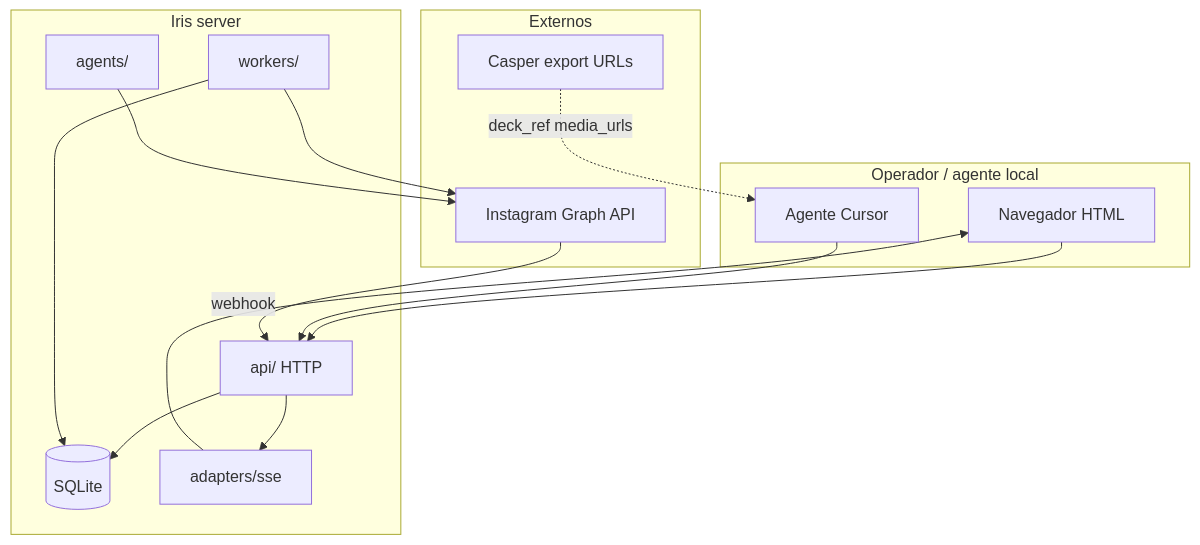
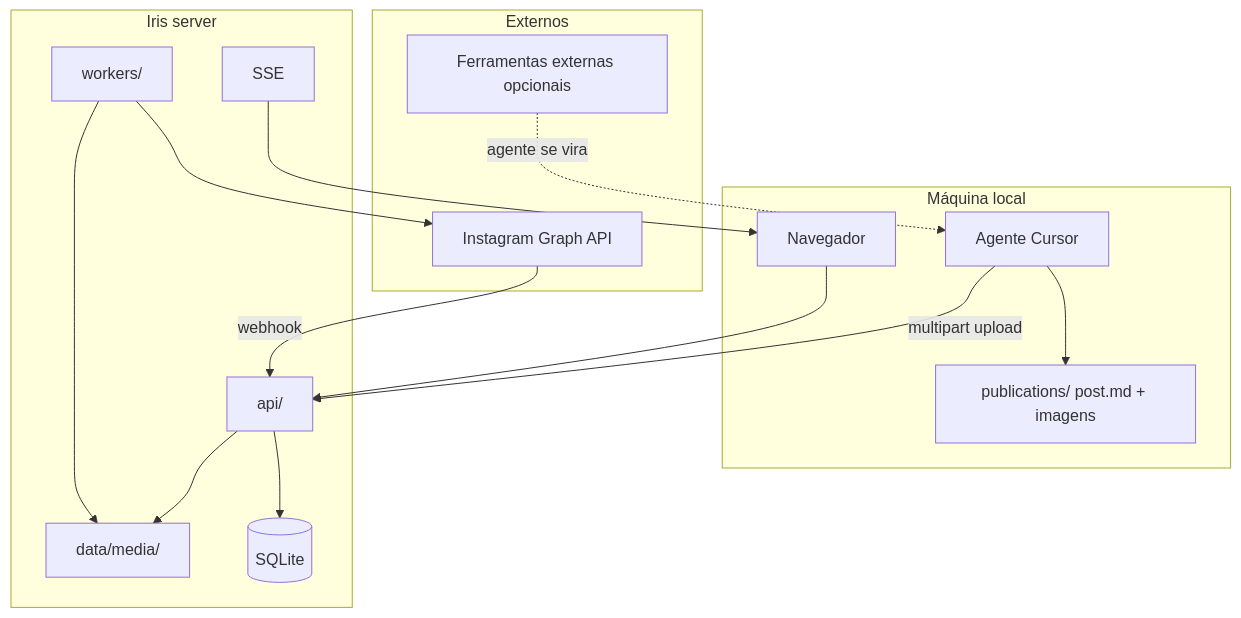
Before and after one commit to colabcolibri/iris: the diagram in docs/05_architecture.md, drawn with Mermaid. The commit also changed other lines of this file and 46 other files, not shown here.

````diff
--- a/docs/05_architecture.md
+++ b/docs/05_architecture.md
@@ -18,31 +18,32 @@
 ```mermaid
 flowchart TB
-  subgraph local ["Operador / agente local"]
-    Browser["Navegador HTML"]
-    Cursor["Agente Cursor"]
+  subgraph local ["Máquina local"]
+    Browser["Navegador"]
+    Agent["Agente Cursor"]
+    PubFolder["publications/ post.md + imagens"]
   end
 
   subgraph iris ["Iris server"]
-    API["api/ HTTP"]
+    API["api/"]
+    Media["data/media/"]
     Workers["workers/"]
-    Agent["agents/"]
     DB[("SQLite")]
-    SSE["adapters/sse"]
+    SSE["SSE"]
   end
 
   subgraph external ["Externos"]
     Meta["Instagram Graph API"]
-    Casper["Casper export URLs"]
+    Ext["Ferramentas externas opcionais"]
   end
 
+  Agent --> PubFolder
+  Ext -.->|agente se vira| Agent
+  Agent -->|multipart upload| API
   Browser --> API
-  Cursor --> API
   API --> DB
-  API --> SSE
+  API --> Media
   SSE --> Browser
-  Workers --> DB
+  Workers --> Media
   Workers --> Meta
-  Agent --> Meta
   Meta -->|webhook| API
-  Casper -.->|deck_ref media_urls| Cursor
 ```
````
